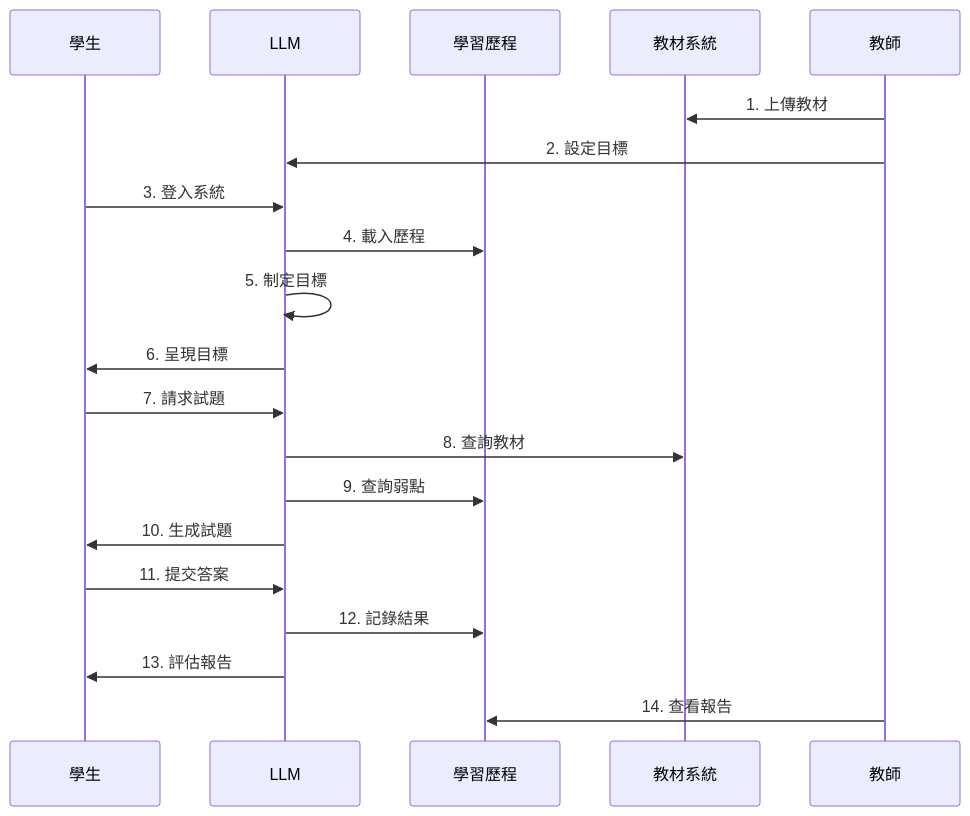
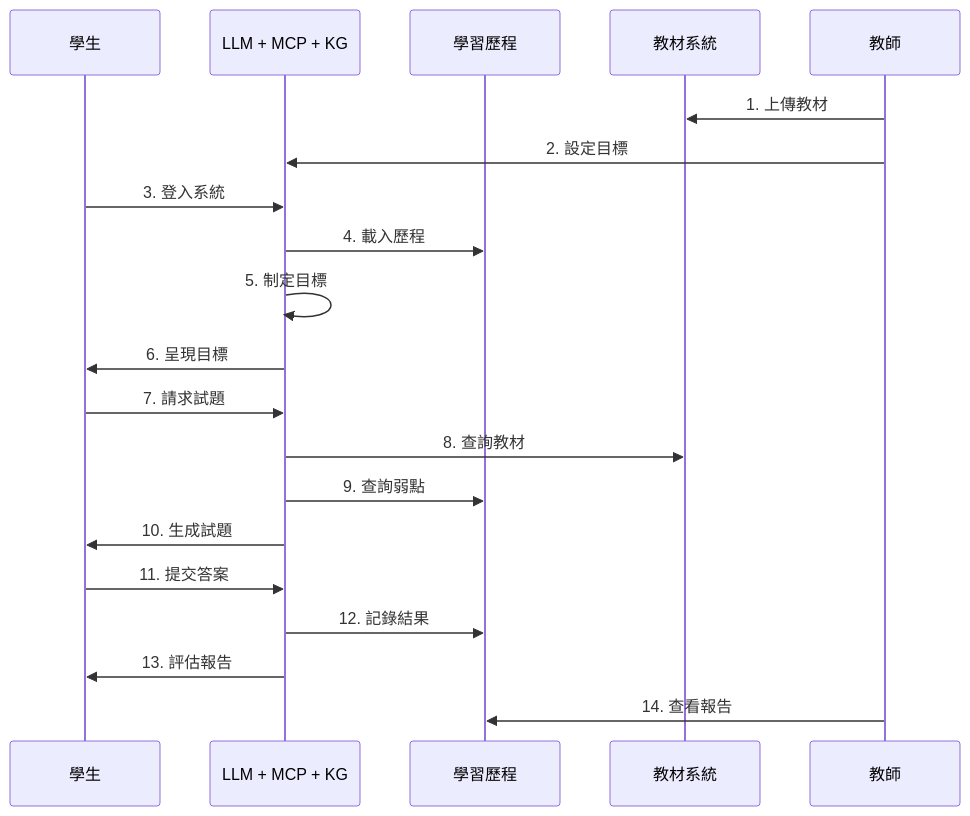
The second of 2 diagrams in mcp.md (e11106013/adaptive-learning), drawn with Mermaid before and after one commit.

````diff
--- a/mcp.md
+++ b/mcp.md
@@ -258,23 +258,23 @@
 ```mermaid
 sequenceDiagram
     participant S as 學生
-    participant L as LLM
+    participant L as LLM + MCP + KG
     participant P as 學習歷程
     participant M as 教材系統
     participant T as 教師
     
     T->>M: 1. 上傳教材
     T->>L: 2. 設定目標
     S->>L: 3. 登入系統
     L->>P: 4. 載入歷程
     L->>L: 5. 制定目標
     L->>S: 6. 呈現目標
     S->>L: 7. 請求試題
     L->>M: 8. 查詢教材
     L->>P: 9. 查詢弱點
     L->>S: 10. 生成試題
     S->>L: 11. 提交答案
     L->>P: 12. 記錄結果
     L->>S: 13. 評估報告
     T->>P: 14. 查看報告
 ```
````
